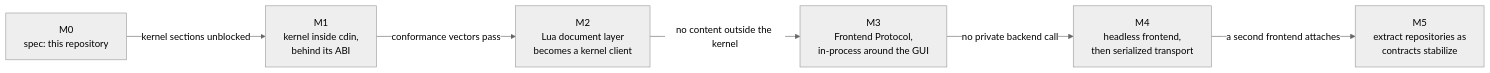
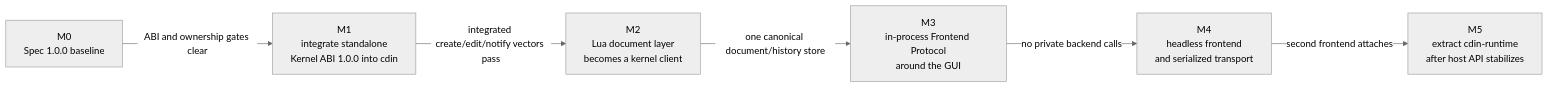
Before and after one commit to cdin-editor/spec: the diagram in docs/architecture/migration.md, drawn with Mermaid (neutral theme). The commit also changed other lines of this file and 36 other files, not shown here.

First line of the commit message:
docs(spec)!: establish the CDIN architecture baseline v1.0.0

````diff
--- a/docs/architecture/migration.md
+++ b/docs/architecture/migration.md
@@ -42,14 +42,14 @@
 ```mermaid
 flowchart LR
-    M0["M0<br/>spec: this repository"]
-    M1["M1<br/>kernel inside cdin,<br/>behind its ABI"]
+    M0["M0<br/>Spec 1.0.0 baseline"]
+    M1["M1<br/>integrate standalone<br/>Kernel ABI 1.0.0 into cdin"]
     M2["M2<br/>Lua document layer<br/>becomes a kernel client"]
-    M3["M3<br/>Frontend Protocol,<br/>in-process around the GUI"]
-    M4["M4<br/>headless frontend,<br/>then serialized transport"]
-    M5["M5<br/>extract repositories as<br/>contracts stabilize"]
-    M0 -- "kernel sections unblocked" --> M1
-    M1 -- "conformance vectors pass" --> M2
-    M2 -- "no content outside the kernel" --> M3
-    M3 -- "no private backend call" --> M4
-    M4 -- "a second frontend attaches" --> M5
+    M3["M3<br/>in-process Frontend Protocol<br/>around the GUI"]
+    M4["M4<br/>headless frontend<br/>and serialized transport"]
+    M5["M5<br/>extract cdin-runtime<br/>after host API stabilizes"]
+    M0 -- "ABI and ownership gates clear" --> M1
+    M1 -- "integrated create/edit/notify vectors pass" --> M2
+    M2 -- "one canonical document/history store" --> M3
+    M3 -- "no private backend calls" --> M4
+    M4 -- "second frontend attaches" --> M5
 ```
````
